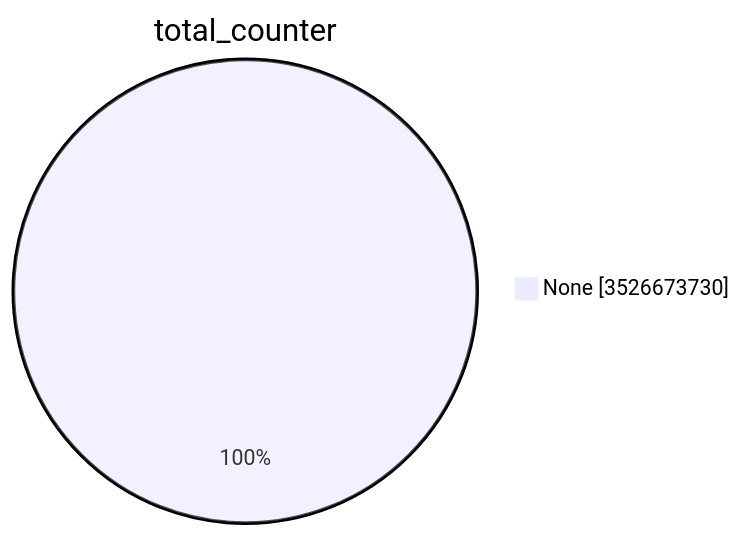
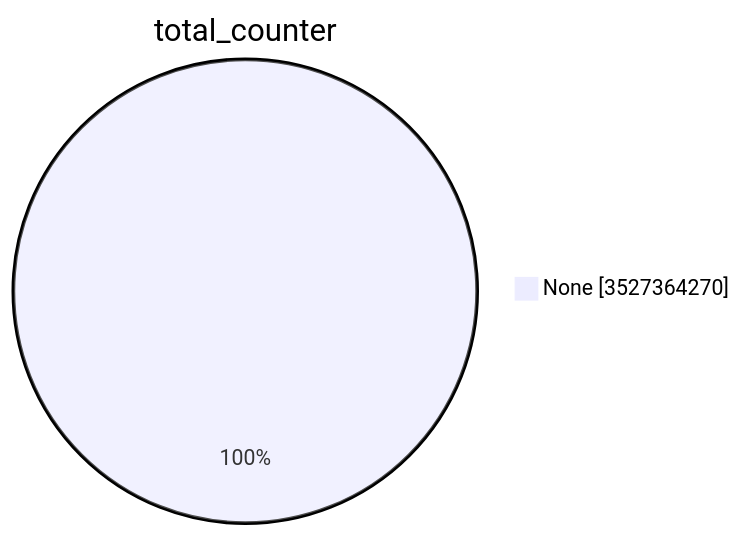
Before and after one commit to christiankrug/ctmonitor_visualization: the first of 15 diagrams in TOTAL/README.md, drawn with Mermaid. The commit also changed other lines of this file, not shown here.

````diff
--- a/TOTAL/README.md
+++ b/TOTAL/README.md
@@ -1,5 +1,5 @@
 ```mermaid
 pie showData
 title total_counter
-"None" :3526673730
+"None" :3527364270
 ```
````
